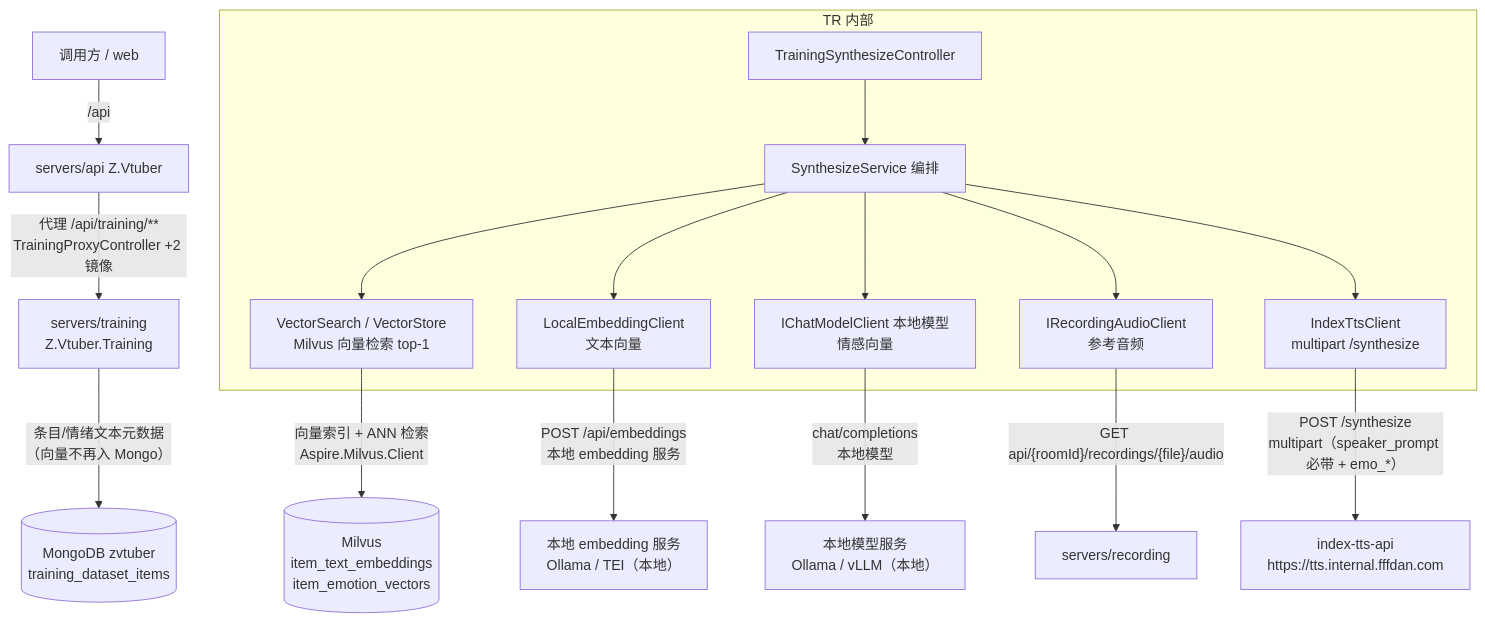
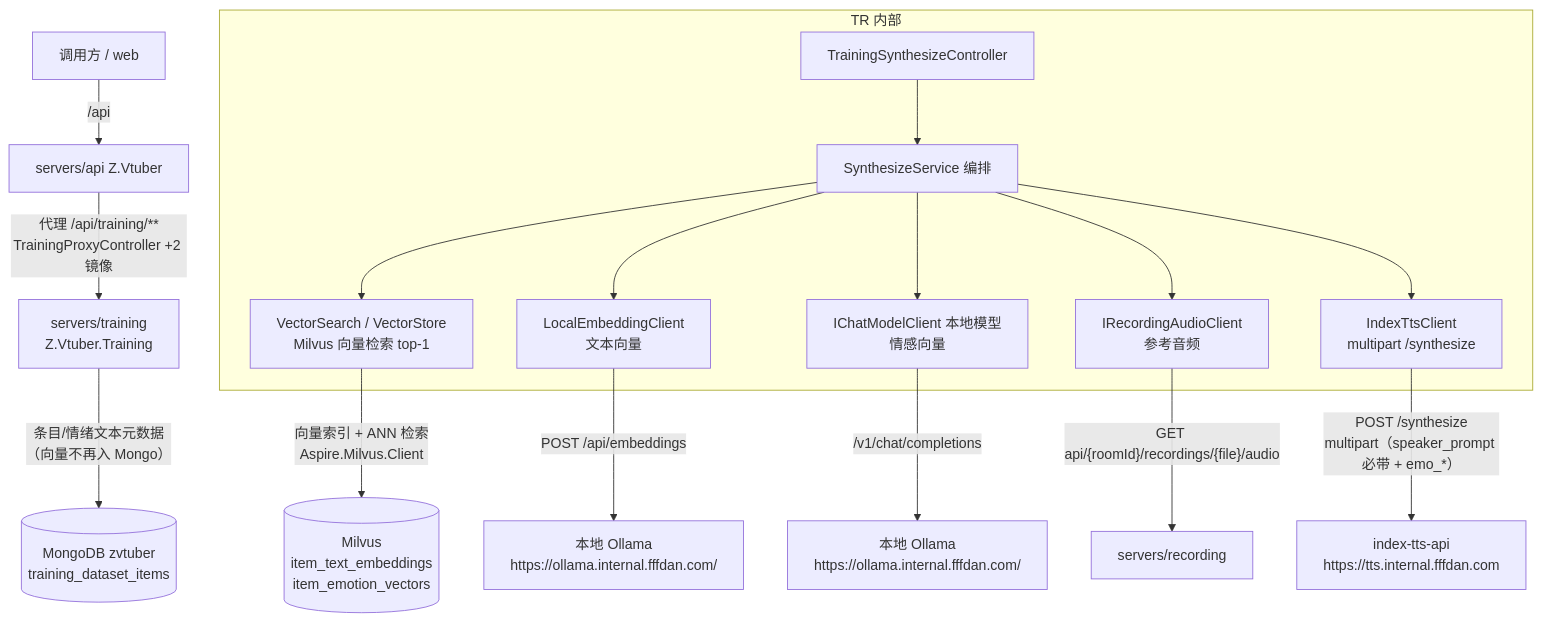
Before and after one commit to Deliay/z-vtuber: the first of 3 diagrams in docs/engineering/proposals/20260929-proposal-training-audio-synthesize.md, drawn with Mermaid. The commit also changed other lines of this file and 1 other file, not shown here.

First line of the commit message:
docs(training): 向量/情感模型更新为已搭建的本地 Ollama（返工修订）

````diff
--- a/docs/engineering/proposals/20260929-proposal-training-audio-synthesize.md
+++ b/docs/engineering/proposals/20260929-proposal-training-audio-synthesize.md
@@ -61,19 +61,19 @@
 ```mermaid
 graph TD
     Caller[调用方 / web] -->|/api| API[servers/api Z.Vtuber]
     API -->|"代理 /api/training/**<br/>TrainingProxyController +2 镜像"| TR[servers/training<br/>Z.Vtuber.Training]
     subgraph TR 内部
       SC[TrainingSynthesizeController] --> SS[SynthesizeService 编排]
       SS --> VE[VectorSearch / VectorStore<br/>Milvus 向量检索 top-1]
       SS --> EB[LocalEmbeddingClient<br/>文本向量]
       SS --> CH[IChatModelClient 本地模型<br/>情感向量]
       SS --> RA[IRecordingAudioClient<br/>参考音频]
       SS --> TT[IndexTtsClient<br/>multipart /synthesize]
     end
-    EB -->|"POST /api/embeddings<br/>本地 embedding 服务"| LEMB["本地 embedding 服务<br/>Ollama / TEI（本地）"]
-    CH -->|"chat/completions<br/>本地模型"| LLM["本地模型服务<br/>Ollama / vLLM（本地）"]
+    EB -->|"POST /api/embeddings"| LEMB["本地 Ollama<br/>https://ollama.internal.fffdan.com/"]
+    CH -->|"/v1/chat/completions"| LLM["本地 Ollama<br/>https://ollama.internal.fffdan.com/"]
     VE -->|"向量索引 + ANN 检索<br/>Aspire.Milvus.Client"| MIL[(Milvus<br/>item_text_embeddings<br/>item_emotion_vectors)]
     RA -->|"GET api/{roomId}/recordings/{file}/audio"| REC[servers/recording]
     TT -->|"POST /synthesize<br/>multipart（speaker_prompt 必带 + emo_*）"| TTS["index-tts-api<br/>https://tts.internal.fffdan.com"]
     TR -->|"条目/情绪文本元数据<br/>（向量不再入 Mongo）"| M[(MongoDB zvtuber<br/>training_dataset_items)]
 ```
````
